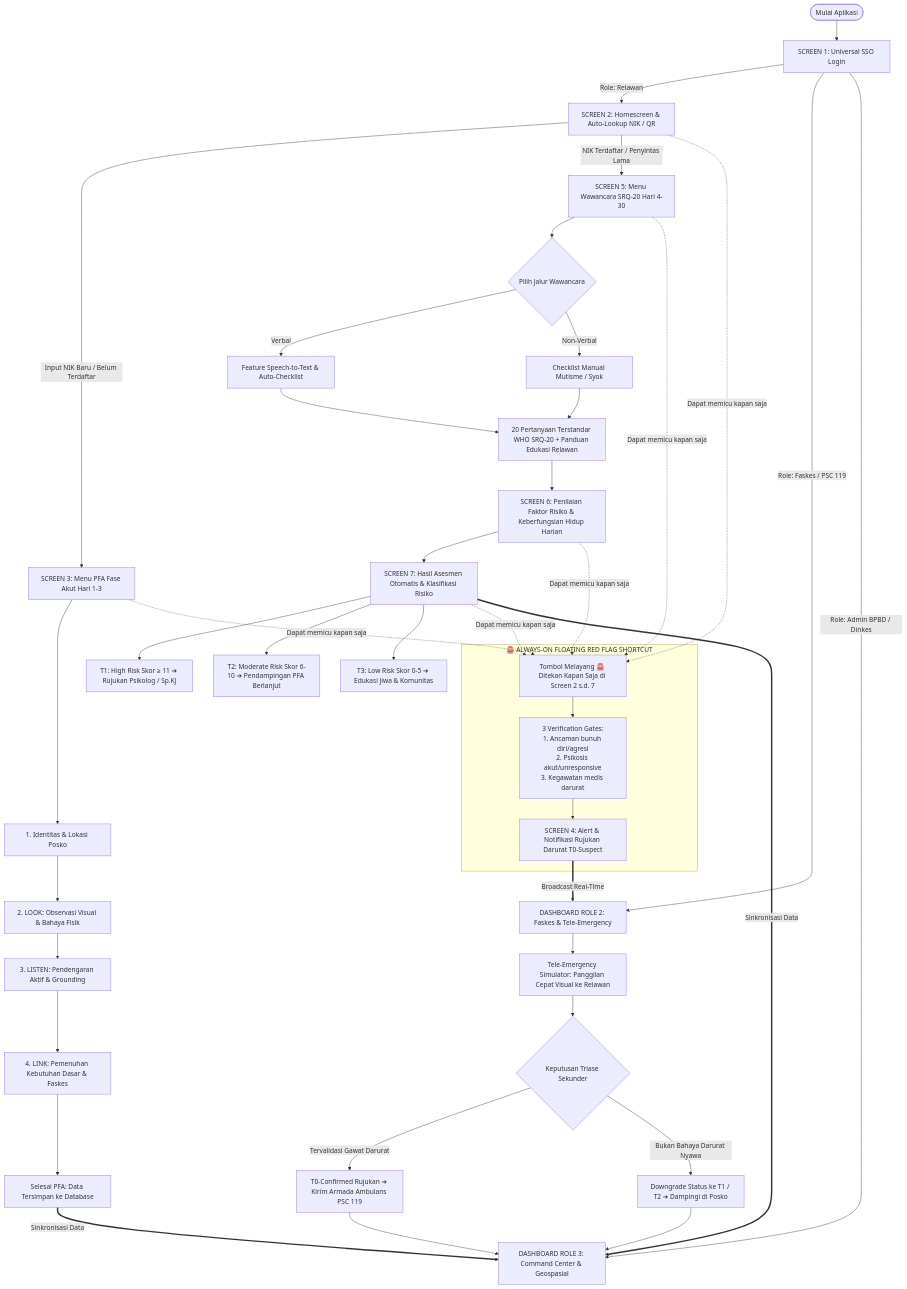
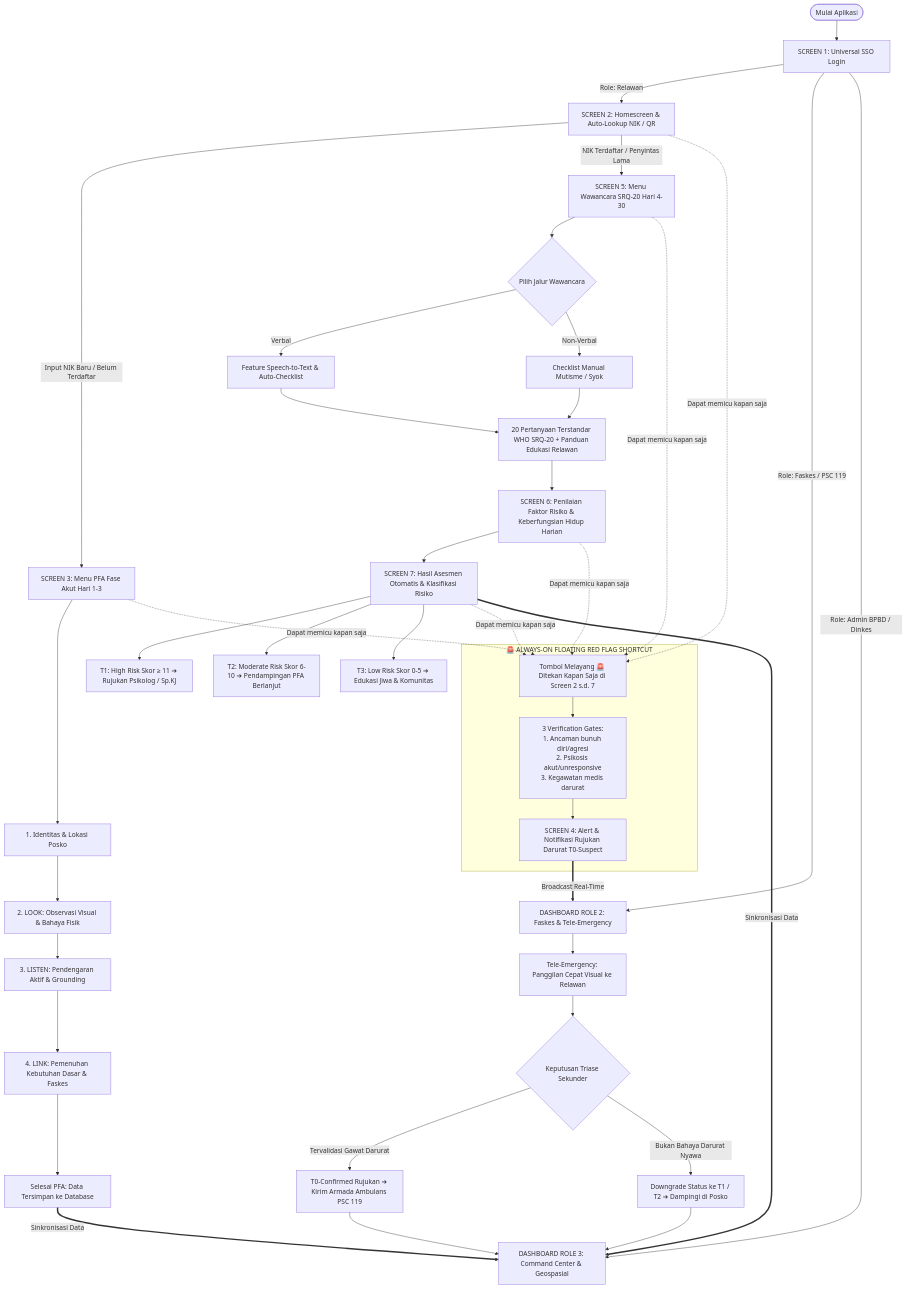
Before and after one commit to Daff77/RAPID-MIND: the diagram in ALUR_SISTEM.md, drawn with Mermaid. The commit also changed 5 other files, not shown here.

````diff
--- a/ALUR_SISTEM.md
+++ b/ALUR_SISTEM.md
@@ -10,62 +10,62 @@
 ```mermaid
 flowchart TD
     Start([Mulai Aplikasi]) --> S1[SCREEN 1: Universal SSO Login]
     
     S1 -->|Role: Relawan| S2[SCREEN 2: Homescreen & Auto-Lookup NIK / QR]
     S1 -->|Role: Faskes / PSC 119| D2[DASHBOARD ROLE 2: Faskes & Tele-Emergency]
     S1 -->|Role: Admin BPBD / Dinkes| D3[DASHBOARD ROLE 3: Command Center & Geospasial]
 
     %% Auto Lookup Logic
     S2 -->|Input NIK Baru / Belum Terdaftar| S3[SCREEN 3: Menu PFA Fase Akut Hari 1-3]
     S2 -->|NIK Terdaftar / Penyintas Lama| S5[SCREEN 5: Menu Wawancara SRQ-20 Hari 4-30]
 
     %% Screen 3 PFA Flow
     S3 --> S3_1[1. Identitas & Lokasi Posko]
     S3_1 --> S3_2[2. LOOK: Observasi Visual & Bahaya Fisik]
     S3_2 --> S3_3[3. LISTEN: Pendengaran Aktif & Grounding]
     S3_3 --> S3_4[4. LINK: Pemenuhan Kebutuhan Dasar & Faskes]
     S3_4 --> S3_End[Selesai PFA: Data Tersimpan ke Database]
 
     %% Screen 5 SRQ-20 Flow
     S5 --> S5_Mode{Pilih Jalur Wawancara}
     S5_Mode -->|Verbal| S5_STT[Feature Speech-to-Text & Auto-Checklist]
     S5_Mode -->|Non-Verbal| S5_Checklist[Checklist Manual Mutisme / Syok]
     S5_STT --> S5_20[20 Pertanyaan Terstandar WHO SRQ-20 + Panduan Edukasi Relawan]
     S5_Checklist --> S5_20
     
     S5_20 --> S6[SCREEN 6: Penilaian Faktor Risiko & Keberfungsian Hidup Harian]
     S6 --> S7[SCREEN 7: Hasil Asesmen Otomatis & Klasifikasi Risiko]
 
     %% Tiering Outcomes
     S7 --> Tier_T1[T1: High Risk Skor ≥ 11 ➔ Rujukan Psikolog / Sp.KJ]
     S7 --> Tier_T2[T2: Moderate Risk Skor 6-10 ➔ Pendampingan PFA Berlanjut]
     S7 --> Tier_T3[T3: Low Risk Skor 0-5 ➔ Edukasi Jiwa & Komunitas]
 
     %% Always-on Red Flag Emergency (melayang di Screen 2 - 7)
     subgraph RedFlagEmergency [🚨 ALWAYS-ON FLOATING RED FLAG SHORTCUT]
         FAB[Tombol Melayang 🚨 Ditekan Kapan Saja di Screen 2 s.d. 7]
         Gate[3 Verification Gates:\n1. Ancaman bunuh diri/agresi\n2. Psikosis akut/unresponsive\n3. Kegawatan medis darurat]
         S4[SCREEN 4: Alert & Notifikasi Rujukan Darurat T0-Suspect]
         FAB --> Gate --> S4
     end
 
     S2 -.->|Dapat memicu kapan saja| FAB
     S3 -.->|Dapat memicu kapan saja| FAB
     S5 -.->|Dapat memicu kapan saja| FAB
     S6 -.->|Dapat memicu kapan saja| FAB
     S7 -.->|Dapat memicu kapan saja| FAB
 
     %% Integrasi ke Role 2 dan Role 3
     S4 ==>|Broadcast Real-Time| D2
     S7 ==>|Sinkronisasi Data| D3
     S3_End ==>|Sinkronisasi Data| D3
 
     %% Two-Tiered Validation di Faskes
-    D2 --> TeleCall[Tele-Emergency Simulator: Panggilan Cepat Visual ke Relawan]
+    D2 --> TeleCall[Tele-Emergency: Panggilan Cepat Visual ke Relawan]
     TeleCall --> Decision{Keputusan Triase Sekunder}
     Decision -->|Tervalidasi Gawat Darurat| T0_Conf[T0-Confirmed Rujukan ➔ Kirim Armada Ambulans PSC 119]
     Decision -->|Bukan Bahaya Darurat Nyawa| Downgrade[Downgrade Status ke T1 / T2 ➔ Dampingi di Posko]
 
     T0_Conf --> D3
     Downgrade --> D3
 ```
````
